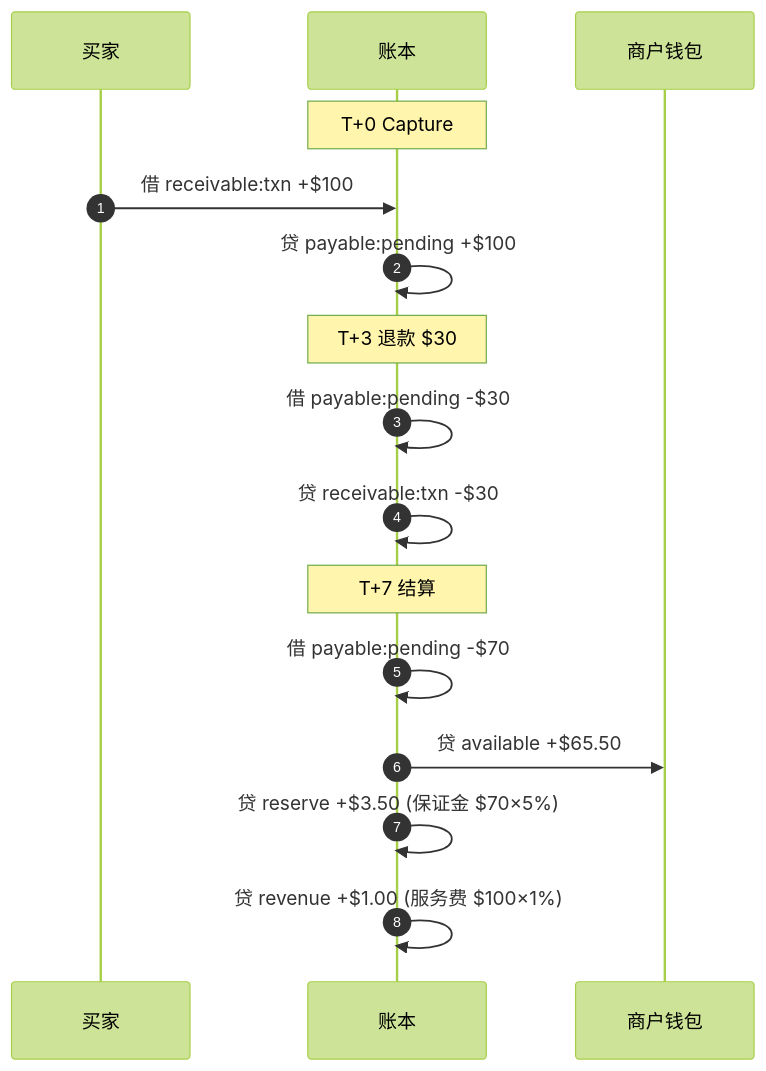
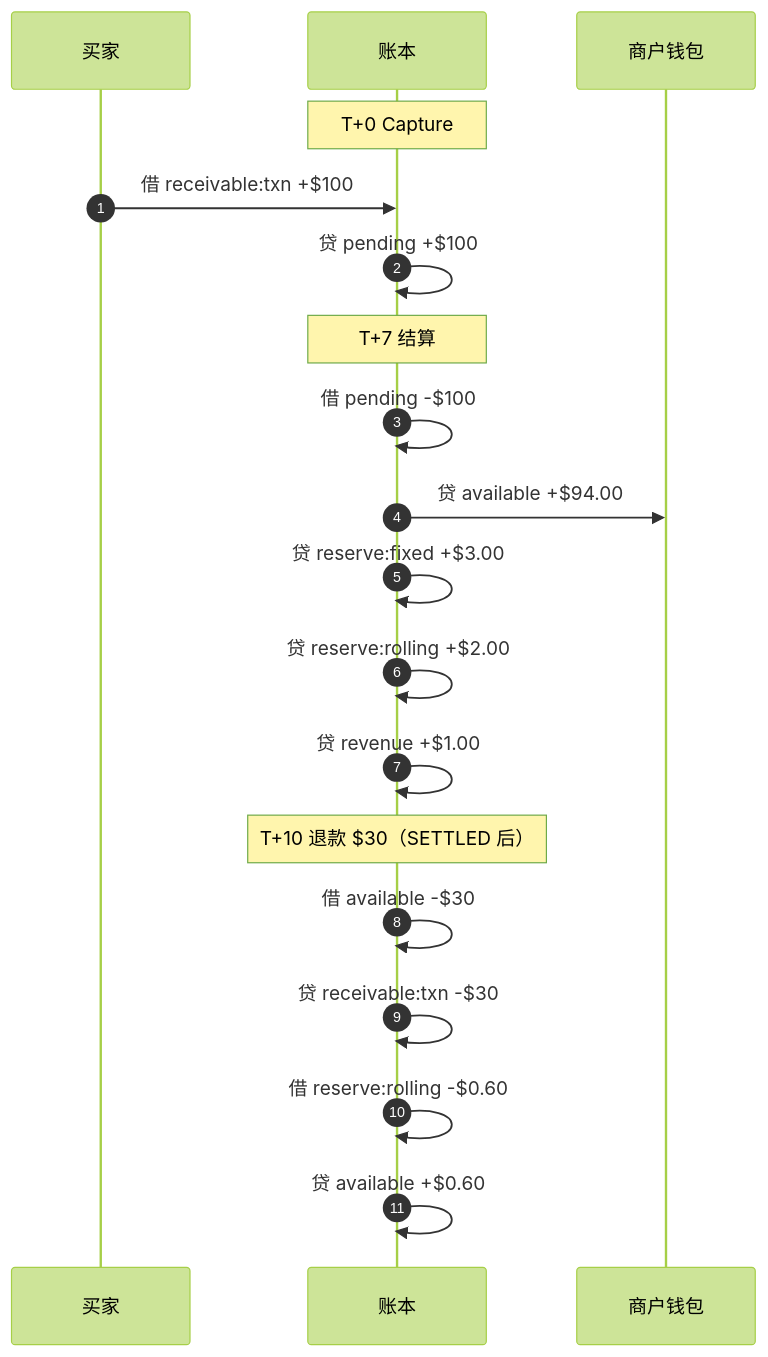
The second of 3 diagrams in docs/acquiring-settlement-clearing.md (1aboveio/wallet-architecture), drawn with Mermaid (forest theme) before and after one commit. The commit also changed other lines of this file and 6 other files, not shown here.

````diff
--- a/docs/acquiring-settlement-clearing.md
+++ b/docs/acquiring-settlement-clearing.md
@@ -111,21 +116,24 @@
 ```mermaid
 sequenceDiagram
     autonumber
     participant C as 买家
     participant T as 账本
     participant M as 商户钱包
 
     Note over T: T+0 Capture
     C->>T: 借 receivable:txn +$100
-    T->>T: 贷 payable:pending +$100
-
-    Note over T: T+3 退款 $30
-    T->>T: 借 payable:pending -$30
-    T->>T: 贷 receivable:txn -$30
+    T->>T: 贷 pending +$100
 
     Note over T: T+7 结算
-    T->>T: 借 payable:pending -$70
-    T->>M: 贷 available +$65.50
-    T->>T: 贷 reserve +$3.50 (保证金 $70×5%)
-    T->>T: 贷 revenue +$1.00 (服务费 $100×1%)
+    T->>T: 借 pending -$100
+    T->>M: 贷 available +$94.00
+    T->>T: 贷 reserve:fixed +$3.00
+    T->>T: 贷 reserve:rolling +$2.00
+    T->>T: 贷 revenue +$1.00
+
+    Note over T: T+10 退款 $30（SETTLED 后）
+    T->>T: 借 available -$30
+    T->>T: 贷 receivable:txn -$30
+    T->>T: 借 reserve:rolling -$0.60
+    T->>T: 贷 available +$0.60
 ```
````
